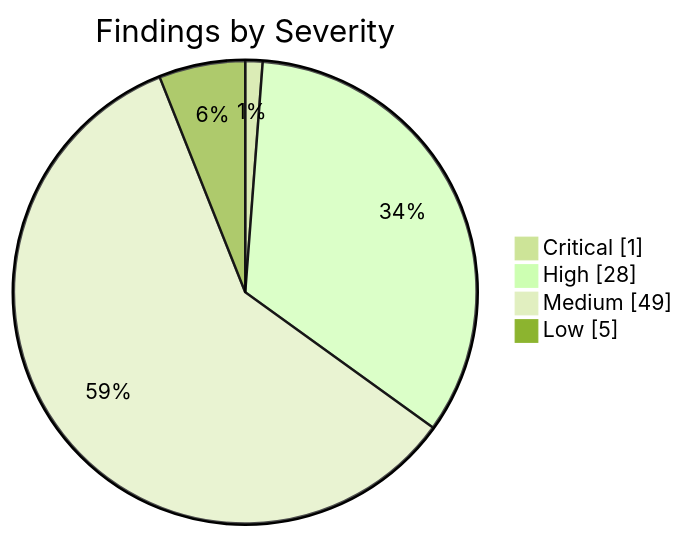
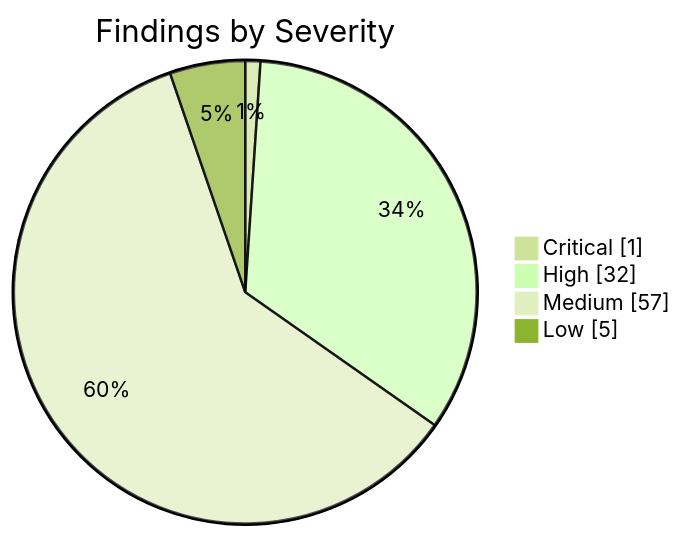
One commit to KBVE/kbve changed the first of 2 diagrams in apps/kbve/astro-kbve/src/content/docs/dashboard/security.mdx. Above: the diagram before and after it, drawn with Mermaid (forest theme). The commit also changed other lines of this file and 8 other files, not shown here.

````diff
--- a/apps/kbve/astro-kbve/src/content/docs/dashboard/security.mdx
+++ b/apps/kbve/astro-kbve/src/content/docs/dashboard/security.mdx
@@ -62,8 +62,8 @@
 ```mermaid
 pie showData
     title Findings by Severity
     "Critical" : 1
-    "High" : 28
-    "Medium" : 49
+    "High" : 32
+    "Medium" : 57
     "Low" : 5
 ```
````
